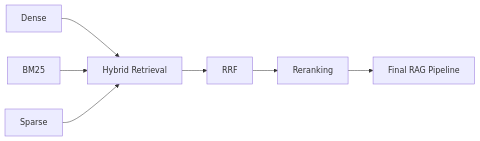
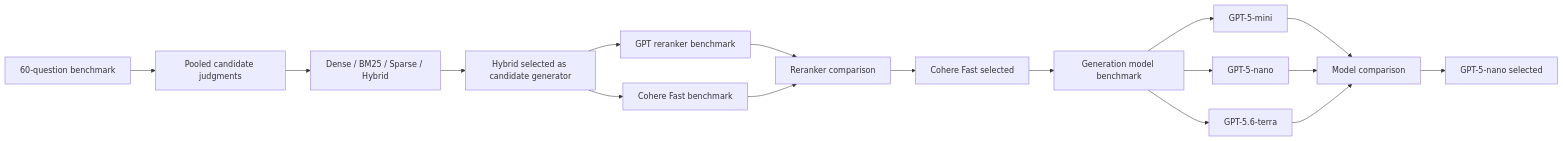
The second of 2 diagrams in README.md (Rishi-creator-11/sec-rag-engine), drawn with Mermaid before and after one commit. The commit also changed other lines of this file and 18 other files, not shown here.

Commit message:
Finalize production-oriented SEC RAG pipeline

````diff
--- a/README.md
+++ b/README.md
@@ -196,9 +59,22 @@
 ```mermaid
 flowchart LR
-    A[Dense] --> D[Hybrid Retrieval]
-    B[BM25] --> D
-    C[Sparse] --> D
-    D --> E[RRF]
-    E --> F[Reranking]
-    F --> G[Final RAG Pipeline]
+    A[60-question benchmark] --> B[Pooled candidate judgments]
+    B --> C[Dense / BM25 / Sparse / Hybrid]
+    C --> D[Hybrid selected as candidate generator]
+
+    D --> E[GPT reranker benchmark]
+    D --> F[Cohere Fast benchmark]
+    E --> G[Reranker comparison]
+    F --> G
+    G --> H[Cohere Fast selected]
+
+    H --> I[Generation model benchmark]
+    I --> J[GPT-5-mini]
+    I --> K[GPT-5-nano]
+    I --> L[GPT-5.6-terra]
+
+    J --> M[Model comparison]
+    K --> M
+    L --> M
+    M --> N[GPT-5-nano selected]
 ```
````
